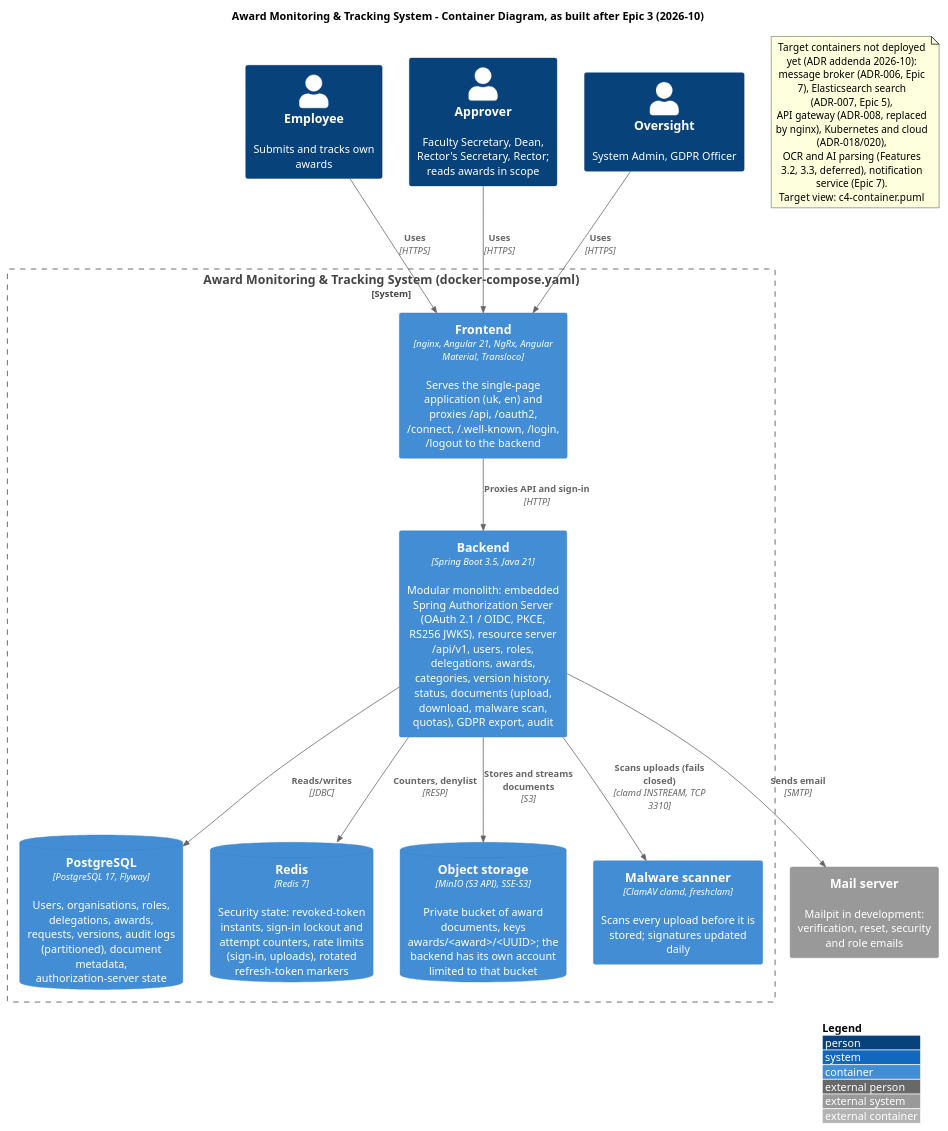
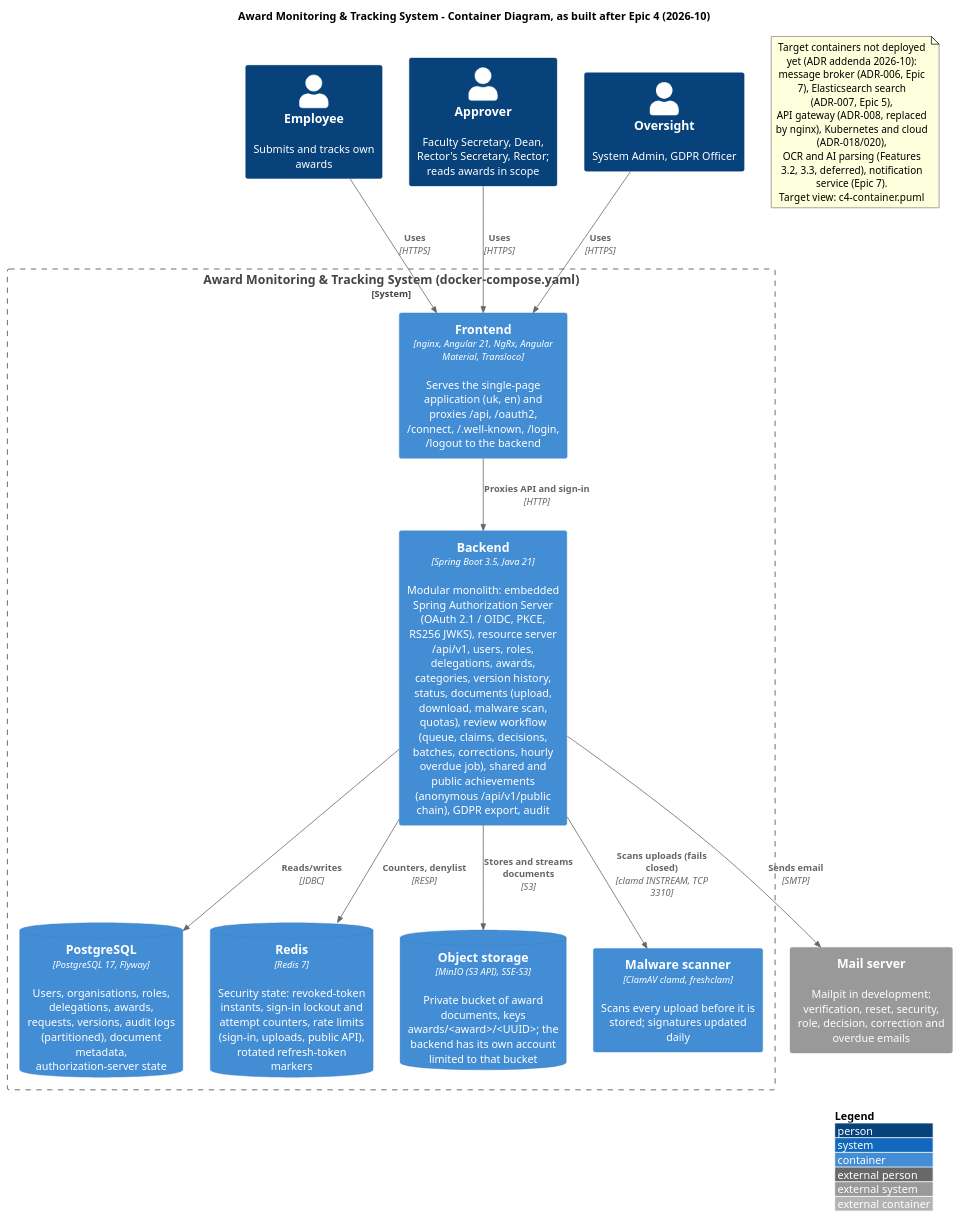
Before and after one commit to StKostyk/award-monitoring-system: the diagram in docs/diagrams/c4-container-as-built.puml, drawn with PlantUML. The commit also changed 53 other files, not shown here.

First line of the commit message:
docs(epic-04): synchronise contract documents and Ukrainian copies with the shipped code

```diff
--- a/docs/diagrams/c4-container-as-built.puml
+++ b/docs/diagrams/c4-container-as-built.puml
@@ -1,45 +1,45 @@
 @startuml C4_Container_As_Built
 !include https://raw.githubusercontent.com/plantuml-stdlib/C4-PlantUML/master/C4_Container.puml
 
-title Award Monitoring & Tracking System - Container Diagram, as built after Epic 3 (2026-10)
+title Award Monitoring & Tracking System - Container Diagram, as built after Epic 4 (2026-10)
 
 LAYOUT_WITH_LEGEND()
 
 Person(employee, "Employee", "Submits and tracks own awards")
 Person(reviewer, "Approver", "Faculty Secretary, Dean, Rector's Secretary, Rector; reads awards in scope")
 Person(admin, "Oversight", "System Admin, GDPR Officer")
 
 System_Boundary(award_system, "Award Monitoring & Tracking System (docker-compose.yaml)") {
 
     Container(frontend, "Frontend", "nginx, Angular 21, NgRx, Angular Material, Transloco", "Serves the single-page application (uk, en) and proxies /api, /oauth2, /connect, /.well-known, /login, /logout to the backend")
 
-    Container(backend, "Backend", "Spring Boot 3.5, Java 21", "Modular monolith: embedded Spring Authorization Server (OAuth 2.1 / OIDC, PKCE, RS256 JWKS), resource server /api/v1, users, roles, delegations, awards, categories, version history, status, documents (upload, download, malware scan, quotas), GDPR export, audit")
+    Container(backend, "Backend", "Spring Boot 3.5, Java 21", "Modular monolith: embedded Spring Authorization Server (OAuth 2.1 / OIDC, PKCE, RS256 JWKS), resource server /api/v1, users, roles, delegations, awards, categories, version history, status, documents (upload, download, malware scan, quotas), review workflow (queue, claims, decisions, batches, corrections, hourly overdue job), shared and public achievements (anonymous /api/v1/public chain), GDPR export, audit")
 
     ContainerDb(postgres, "PostgreSQL", "PostgreSQL 17, Flyway", "Users, organisations, roles, delegations, awards, requests, versions, audit logs (partitioned), document metadata, authorization-server state")
-    ContainerDb(redis, "Redis", "Redis 7", "Security state: revoked-token instants, sign-in lockout and attempt counters, rate limits (sign-in, uploads), rotated refresh-token markers")
+    ContainerDb(redis, "Redis", "Redis 7", "Security state: revoked-token instants, sign-in lockout and attempt counters, rate limits (sign-in, uploads, public API), rotated refresh-token markers")
     ContainerDb(minio, "Object storage", "MinIO (S3 API), SSE-S3", "Private bucket of award documents, keys awards/<award>/<UUID>; the backend has its own account limited to that bucket")
     Container(clamav, "Malware scanner", "ClamAV clamd, freshclam", "Scans every upload before it is stored; signatures updated daily")
 }
 
-System_Ext(smtp, "Mail server", "Mailpit in development: verification, reset, security and role emails")
+System_Ext(smtp, "Mail server", "Mailpit in development: verification, reset, security, role, decision, correction and overdue emails")
 
 Rel(employee, frontend, "Uses", "HTTPS")
 Rel(reviewer, frontend, "Uses", "HTTPS")
 Rel(admin, frontend, "Uses", "HTTPS")
 Rel(frontend, backend, "Proxies API and sign-in", "HTTP")
 Rel(backend, postgres, "Reads/writes", "JDBC")
 Rel(backend, redis, "Counters, denylist", "RESP")
 Rel(backend, smtp, "Sends email", "SMTP")
 Rel_D(backend, minio, "Stores and streams documents", "S3")
 Rel_D(backend, clamav, "Scans uploads (fails closed)", "clamd INSTREAM, TCP 3310")
 
 
 note as Planned
   Target containers not deployed yet (ADR addenda 2026-10):
   message broker (ADR-006, Epic 7), Elasticsearch search (ADR-007, Epic 5),
   API gateway (ADR-008, replaced by nginx), Kubernetes and cloud (ADR-018/020),
   OCR and AI parsing (Features 3.2, 3.3, deferred), notification service (Epic 7).
   Target view: c4-container.puml
 end note
 
 @enduml
```
